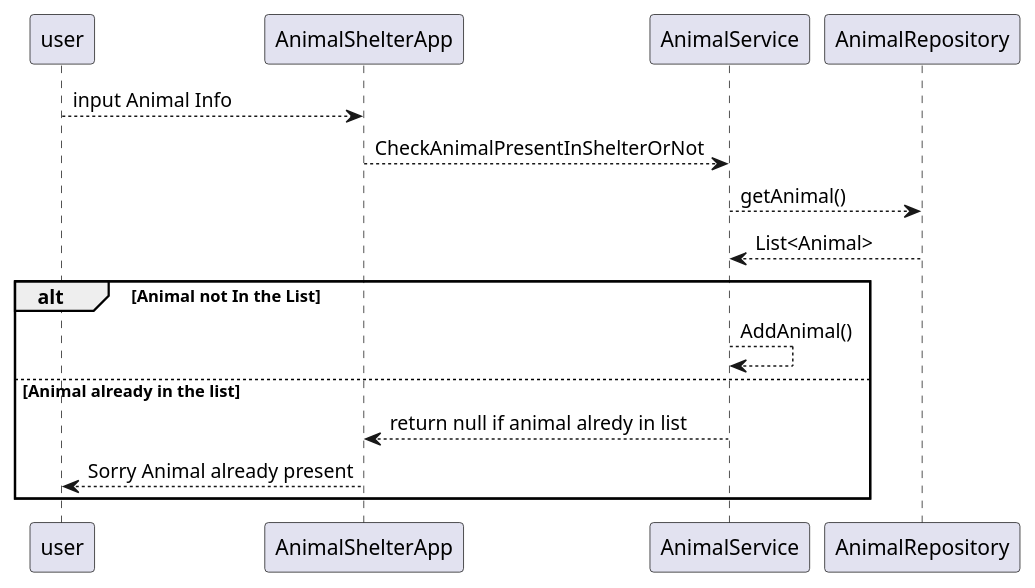
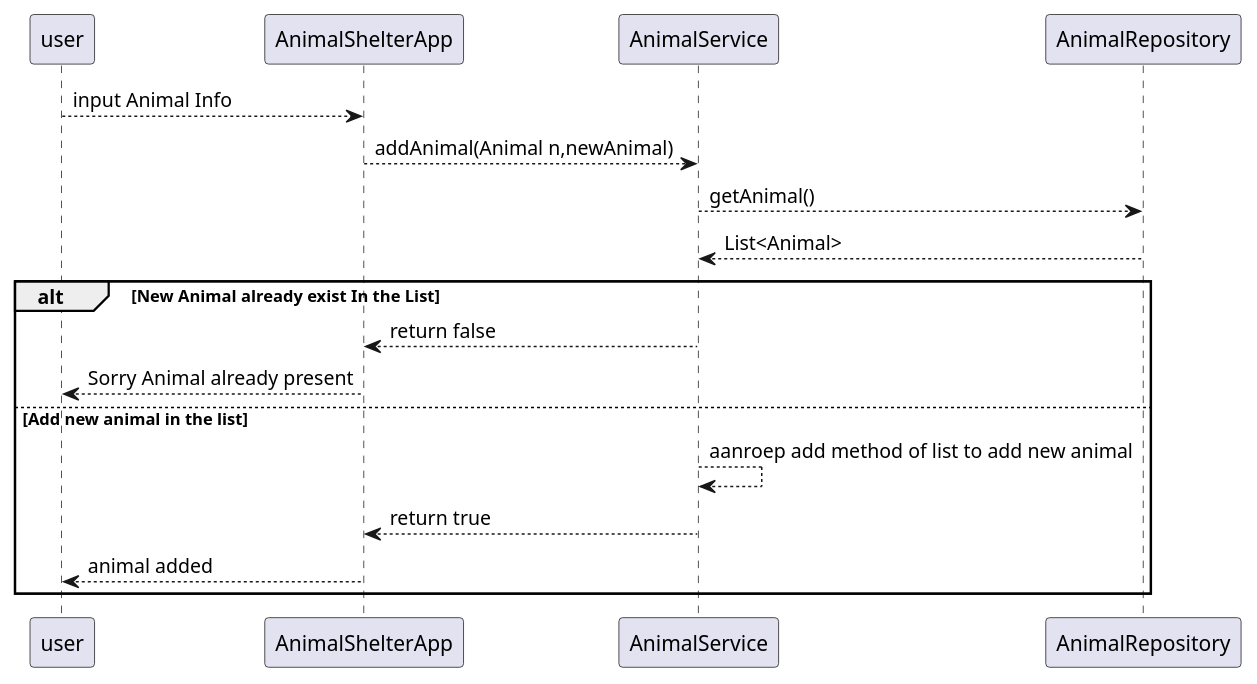
The second of 2 diagrams in Analysis/AddAnimal/AddAnimal.puml (aggdeepika26/AnimalShelterAnalysis), drawn with PlantUML before and after one commit. The commit also changed 22 other files, not shown here.

```diff
--- a/Analysis/AddAnimal/AddAnimal.puml
+++ b/Analysis/AddAnimal/AddAnimal.puml
@@ -14,25 +14,18 @@
 @startuml
 
 user --> AnimalShelterApp : input Animal Info
-AnimalShelterApp --> AnimalService : CheckAnimalPresentInShelterOrNot
+AnimalShelterApp --> AnimalService : addAnimal(Animal n,newAnimal)
 AnimalService --> AnimalRepository : getAnimal()
 AnimalService <-- AnimalRepository : List<Animal>
-alt Animal not In the List
-AnimalService --> AnimalService : AddAnimal()
 
-else Animal already in the list
-AnimalShelterApp <-- AnimalService : return null if animal alredy in list
+alt New Animal already exist In the List
+AnimalService --> AnimalShelterApp : return false
 user <-- AnimalShelterApp : Sorry Animal already present
 
+else Add new animal in the list
+AnimalService --> AnimalService : aanroep add method of list to add new animal
+AnimalShelterApp <-- AnimalService : return true
+user <-- AnimalShelterApp : animal added
+
 end
-
-
-
-
-
-
-
-
-
-
 @enduml
```
